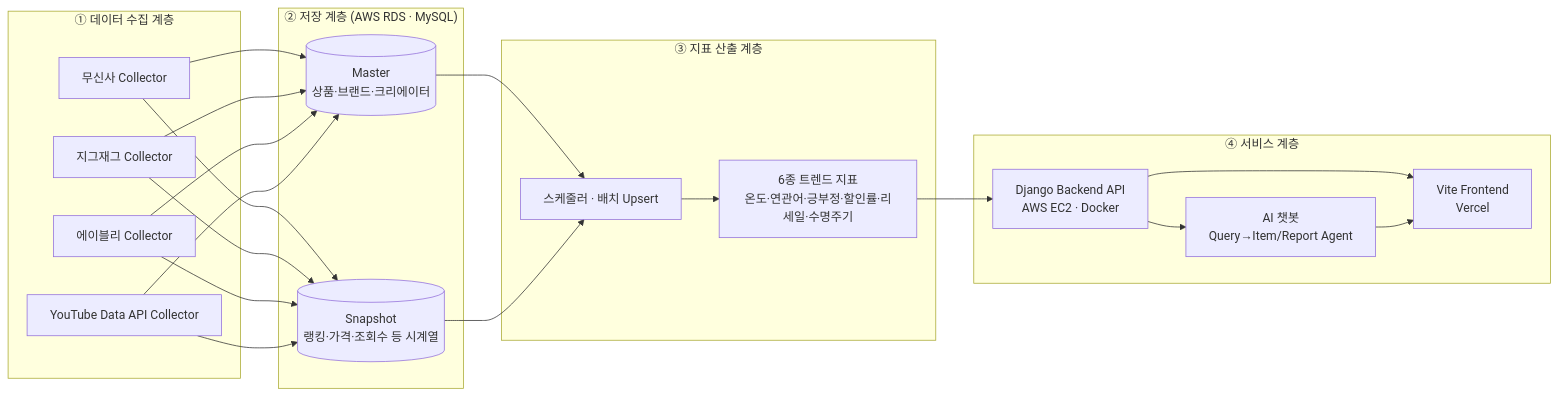
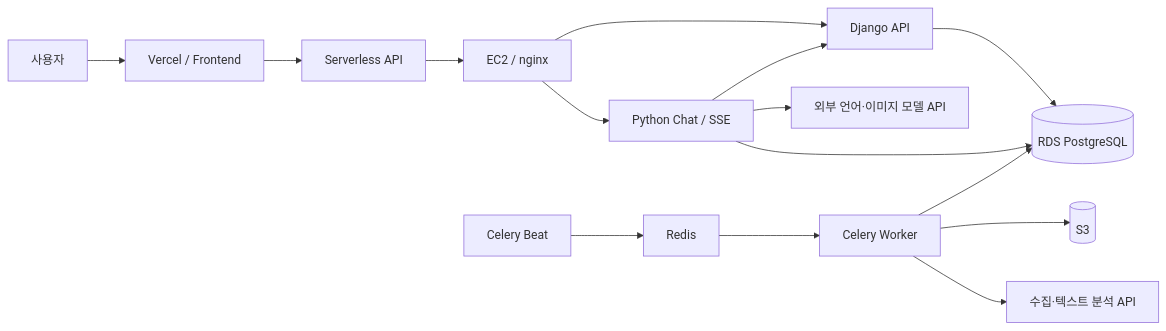
Before and after one commit to SKNETWORKS-FAMILY-AICAMP/SKN31-FINAL-4Team: the diagram in README.md, drawn with Mermaid. The commit also changed other lines of this file and 1098 other files, not shown here.

````diff
--- a/README.md
+++ b/README.md
@@ -109,42 +41,17 @@
 ```mermaid
 flowchart LR
-    subgraph 수집["① 데이터 수집 계층"]
-        C1[무신사 Collector]
-        C2[지그재그 Collector]
-        C3[에이블리 Collector]
-        C4[YouTube Data API Collector]
-    end
-
-    subgraph 저장["② 저장 계층 (AWS RDS · MySQL)"]
-        M[(Master<br/>상품·브랜드·크리에이터)]
-        S[(Snapshot<br/>랭킹·가격·조회수 등 시계열)]
-    end
-
-    subgraph 지표["③ 지표 산출 계층"]
-        SCH[스케줄러 · 배치 Upsert]
-        IDX[6종 트렌드 지표<br/>온도·연관어·긍부정·할인률·리세일·수명주기]
-    end
-
-    subgraph 서비스["④ 서비스 계층"]
-        API[Django Backend API<br/>AWS EC2 · Docker]
-        FE[Vite Frontend<br/>Vercel]
-        BOT[AI 챗봇<br/>Query→Item/Report Agent]
-    end
-
-    C1 --> M
-    C2 --> M
-    C3 --> M
-    C1 --> S
-    C2 --> S
-    C3 --> S
-    C4 --> M
-    C4 --> S
-
-    M --> SCH
-    S --> SCH
-    SCH --> IDX
-    IDX --> API
-    API --> FE
-    API --> BOT
-    BOT --> FE
+    U[사용자] --> V[Vercel / Frontend]
+    V --> F[Serverless API]
+    F --> N[EC2 / nginx]
+    N --> D[Django API]
+    N --> C[Python Chat / SSE]
+    D --> R[(RDS PostgreSQL)]
+    C --> R
+    C --> D
+    C --> M[외부 언어·이미지 모델 API]
+    B[Celery Beat] --> Q[Redis]
+    Q --> W[Celery Worker]
+    W --> R
+    W --> S[(S3)]
+    W --> T[수집·텍스트 분석 API]
 ```
````
